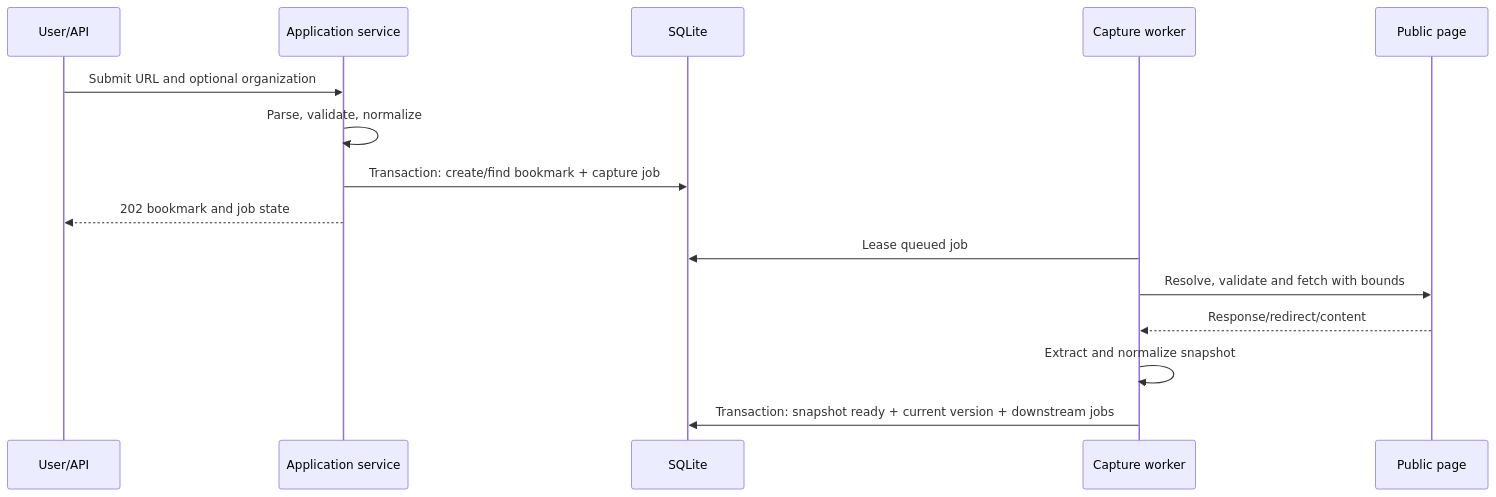
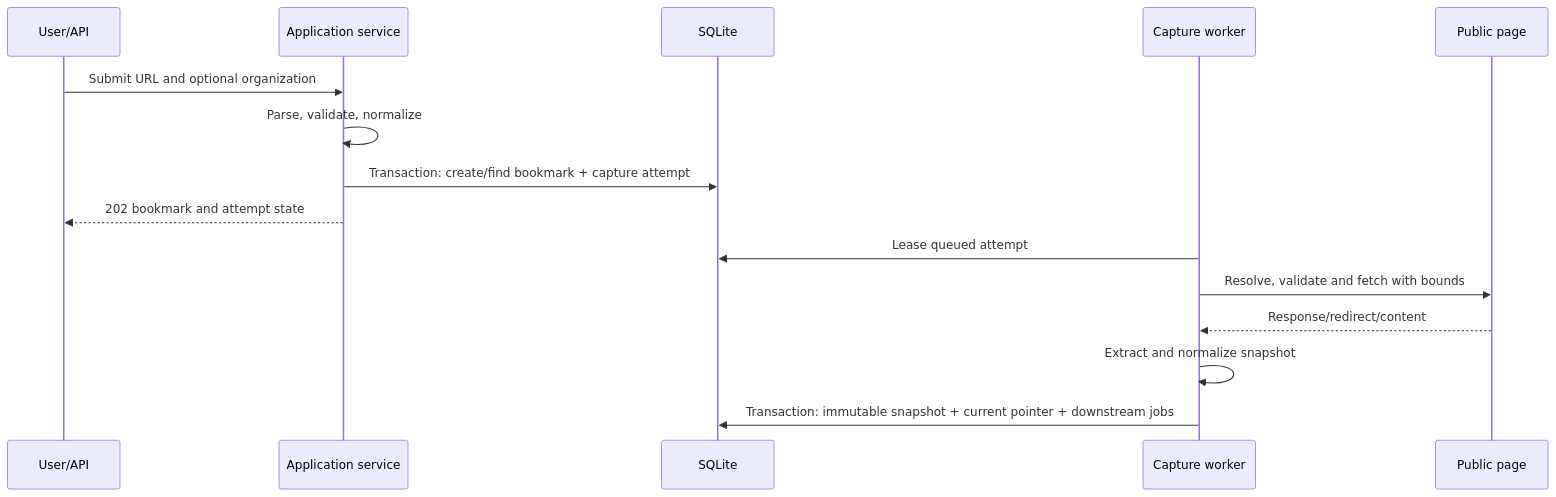
The diagram in docs/architecture/capture-pipeline.md (ryantr-statinops/InfoBoard), drawn with Mermaid before and after one commit. The commit also changed other lines of this file and 4 other files, not shown here.

Commit message:
docs(architecture): close data lifecycle and migration contracts

````diff
--- a/docs/architecture/capture-pipeline.md
+++ b/docs/architecture/capture-pipeline.md
@@ -5,18 +5,18 @@
 ```mermaid
 sequenceDiagram
     participant U as User/API
     participant A as Application service
     participant S as SQLite
     participant W as Capture worker
     participant P as Public page
 
     U->>A: Submit URL and optional organization
     A->>A: Parse, validate, normalize
-    A->>S: Transaction: create/find bookmark + capture job
-    A-->>U: 202 bookmark and job state
-    W->>S: Lease queued job
+    A->>S: Transaction: create/find bookmark + capture attempt
+    A-->>U: 202 bookmark and attempt state
+    W->>S: Lease queued attempt
     W->>P: Resolve, validate and fetch with bounds
     P-->>W: Response/redirect/content
     W->>W: Extract and normalize snapshot
-    W->>S: Transaction: snapshot ready + current version + downstream jobs
+    W->>S: Transaction: immutable snapshot + current pointer + downstream jobs
 ```
````
